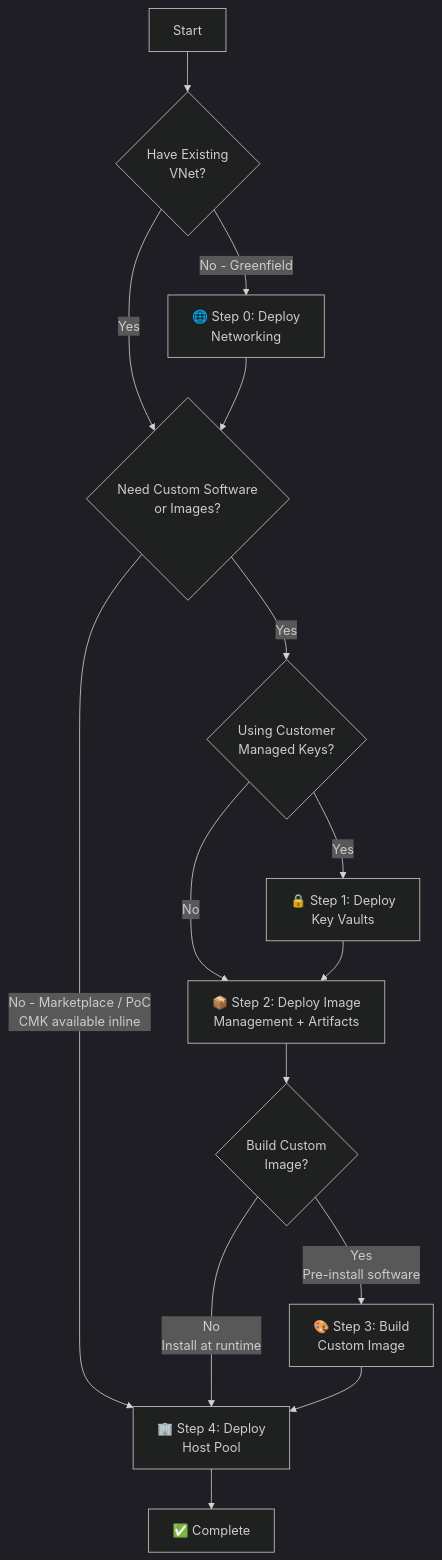
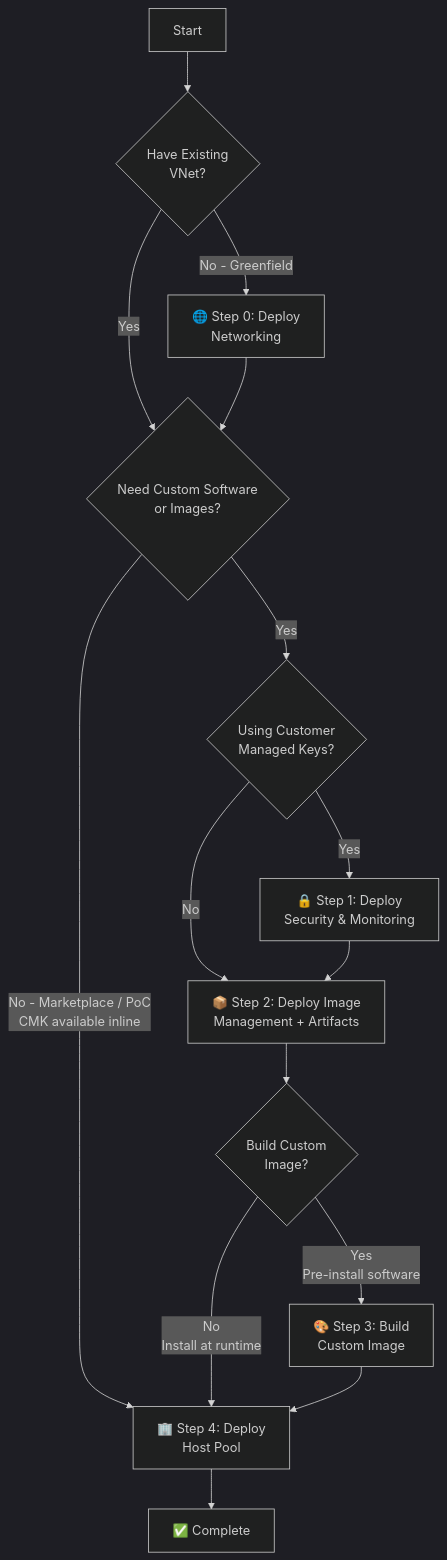
Before and after one commit to Azure/FederalAVD: the first of 2 diagrams in docs/quick-start.md, drawn with Mermaid (dark theme). The commit also changed other lines of this file and 41 other files, not shown here.

````diff
--- a/docs/quick-start.md
+++ b/docs/quick-start.md
@@ -26,17 +26,17 @@
 ```mermaid
 graph TD
     A[Start] --> B{Have Existing<br/>VNet?}
     B -->|No - Greenfield| C[🌐 Step 0: Deploy<br/>Networking]
     B -->|Yes| CUST
     C --> CUST
     CUST{Need Custom Software<br/>or Images?} -->|No - Marketplace / PoC<br/>CMK available inline| HP
     CUST -->|Yes| CMK{Using Customer<br/>Managed Keys?}
-    CMK -->|Yes| KV[🔒 Step 1: Deploy<br/>Key Vaults]
+    CMK -->|Yes| KV[🔒 Step 1: Deploy<br/>Security & Monitoring]
     CMK -->|No| IMG
     KV --> IMG[📦 Step 2: Deploy Image<br/>Management + Artifacts]
     IMG --> BUILD{Build Custom<br/>Image?}
     BUILD -->|Yes<br/>Pre-install software| IB[🎨 Step 3: Build<br/>Custom Image]
     BUILD -->|No<br/>Install at runtime| HP
     IB --> HP[🏢 Step 4: Deploy<br/>Host Pool]
     HP --> J[✅ Complete]
 ```
````
